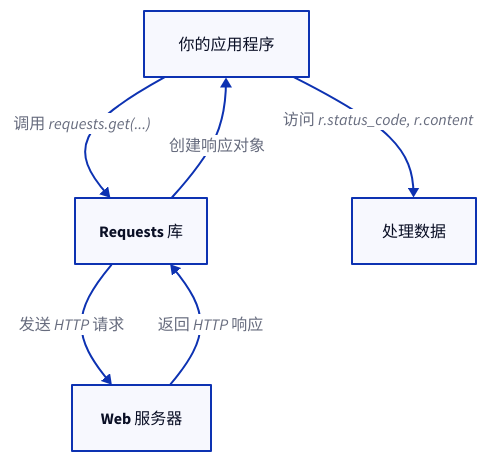
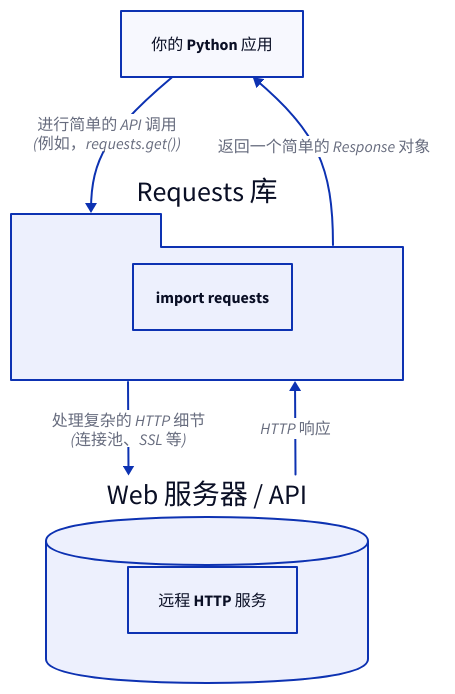
One commit to lban2049/requests changed the diagram in .aigne/doc-smith/docs/overview.zh.md. Above: the diagram before and after it, drawn with D2. The commit also changed other lines of this file and 32 other files, not shown here.

````diff
--- a/.aigne/doc-smith/docs/overview.zh.md
+++ b/.aigne/doc-smith/docs/overview.zh.md
@@ -29,14 +9,22 @@
 ```d2
 direction: down
 
-App: "你的应用程序"
-Lib: "Requests 库"
-Server: "Web 服务器"
-Process: "处理数据"
+"你的 Python 应用": {
+  shape: rectangle
+}
 
-App -> Lib: "调用 requests.get(...)"
-Lib -> Server: "发送 HTTP 请求"
-Server -> Lib: "返回 HTTP 响应"
-Lib -> App: "创建响应对象"
-App -> Process: "访问 r.status_code, r.content"
+"Requests 库": {
+  shape: package
+  "import requests"
+}
+
+"Web 服务器 / API": {
+  shape: cylinder
+  "远程 HTTP 服务"
+}
+
+"你的 Python 应用" -> "Requests 库": "进行简单的 API 调用\n(例如，requests.get())"
+"Requests 库" -> "Web 服务器 / API": "处理复杂的 HTTP 细节\n(连接池、SSL 等)"
+"Web 服务器 / API" -> "Requests 库": "HTTP 响应"
+"Requests 库" -> "你的 Python 应用": "返回一个简单的 Response 对象"
 ```
````
